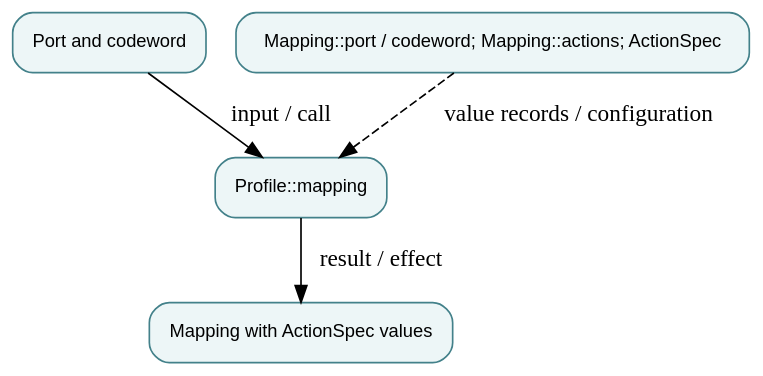
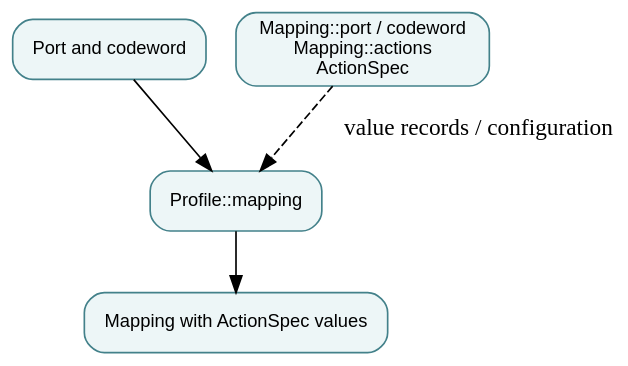
One commit to qsbit-org/qsbit-sim changed the diagram in docs/modules/port-codeword-and-waveform-map.md. Above: the diagram before and after it, drawn with Graphviz. The commit also changed other lines of this file and 41 other files, not shown here.

````diff
--- a/docs/modules/port-codeword-and-waveform-map.md
+++ b/docs/modules/port-codeword-and-waveform-map.md
@@ -17,11 +16,11 @@
 ```{graphviz}
 digraph module {
   rankdir=TB; bgcolor="transparent";
   node [shape=box, style="rounded,filled", fillcolor="#edf6f7", color="#43818a", fontname="sans-serif", fontsize=11];
   input [label="Port and codeword"];
   owner [label="Profile::mapping"];
-  state [label="Mapping::port / codeword; Mapping::actions; ActionSpec"];
+  state [label="Mapping::port / codeword\nMapping::actions\nActionSpec"];
   output [label="Mapping with ActionSpec values"];
-  input -> owner [label="input / call"]; owner -> output [label="result / effect"]; state -> owner [style=dashed, label="value records / configuration"];
+  input -> owner; owner -> output; state -> owner [style=dashed, label="value records / configuration"];
 }
 ```
````
